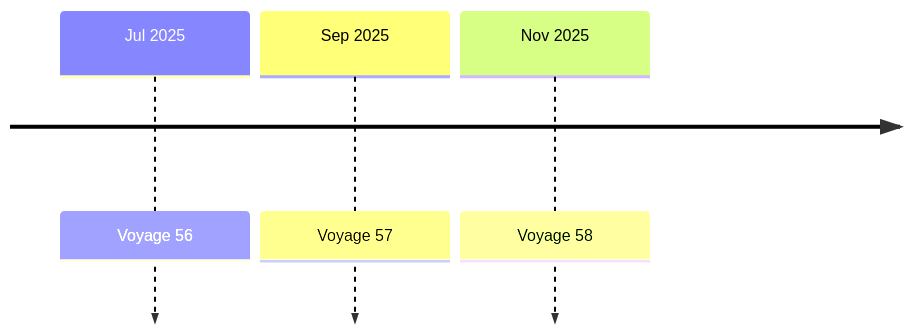
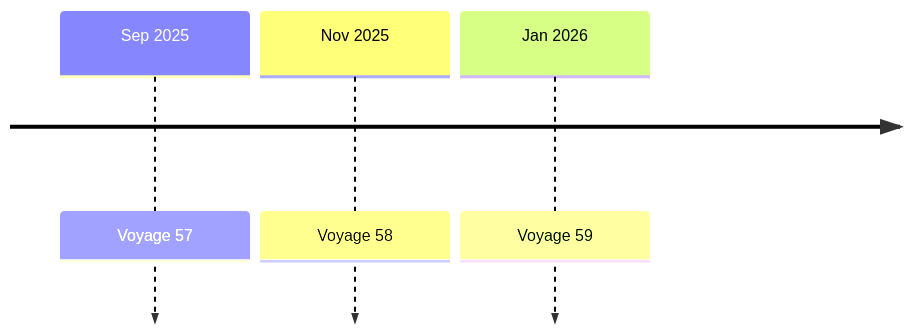
The first of 3 diagrams in docs/guides/voyage/voyage.md (chingu-voyages/Handbook), drawn with Mermaid before and after one commit. The commit also changed other lines of this file, not shown here.

Commit message:
Feature: Update Voyage Schedule to add V59 and adjust dates for V57 and V58

````diff
--- a/docs/guides/voyage/voyage.md
+++ b/docs/guides/voyage/voyage.md
@@ -31,6 +31,6 @@
 ```mermaid
   timeline
-    Jul 2025 : Voyage 56
     Sep 2025 : Voyage 57
     Nov 2025 : Voyage 58
+    Jan 2026 : Voyage 59
 ```
````
